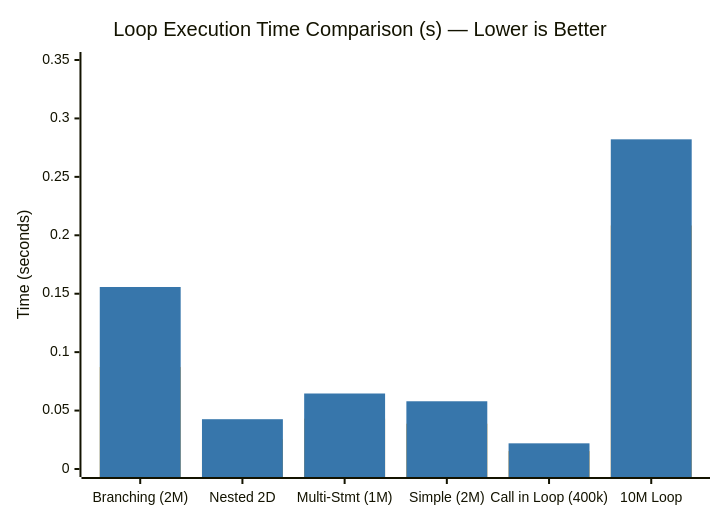
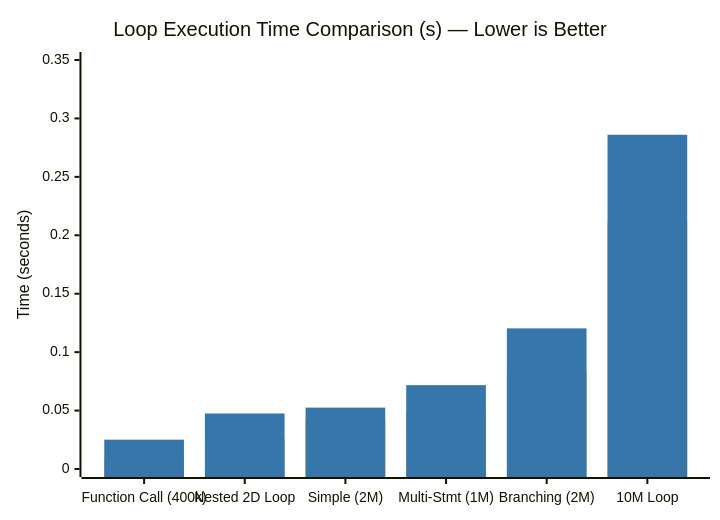
One commit to babar-xagi/zython- changed the second of 3 diagrams in benchmark.md. Above: the diagram before and after it, drawn with Mermaid. The commit also changed other lines of this file and 15 other files, not shown here.

````diff
--- a/benchmark.md
+++ b/benchmark.md
@@ -46,9 +60,9 @@
 ```mermaid
 %%{init: {"themeVariables": {"xyChart": {"plotColorPalette": "#F7A41D, #3776AB"}}}}%%
 xychart-beta
     title "Loop Execution Time Comparison (s) — Lower is Better"
-    x-axis ["Branching (2M)", "Nested 2D", "Multi-Stmt (1M)", "Simple (2M)", "Call in Loop (400k)", "10M Loop"]
+    x-axis ["Function Call (400k)", "Nested 2D Loop", "Simple (2M)", "Multi-Stmt (1M)", "Branching (2M)", "10M Loop"]
     y-axis "Time (seconds)" 0.0 --> 0.35
-    bar [0.08723, 0.02547, 0.04312, 0.03877, 0.01532, 0.20840]
-    bar [0.15575, 0.04261, 0.06461, 0.05796, 0.02197, 0.28212]
+    bar [0.00993, 0.02610, 0.04226, 0.04823, 0.08307, 0.21161]
+    bar [0.02509, 0.04752, 0.05252, 0.07174, 0.12035, 0.28603]
 ```
````
